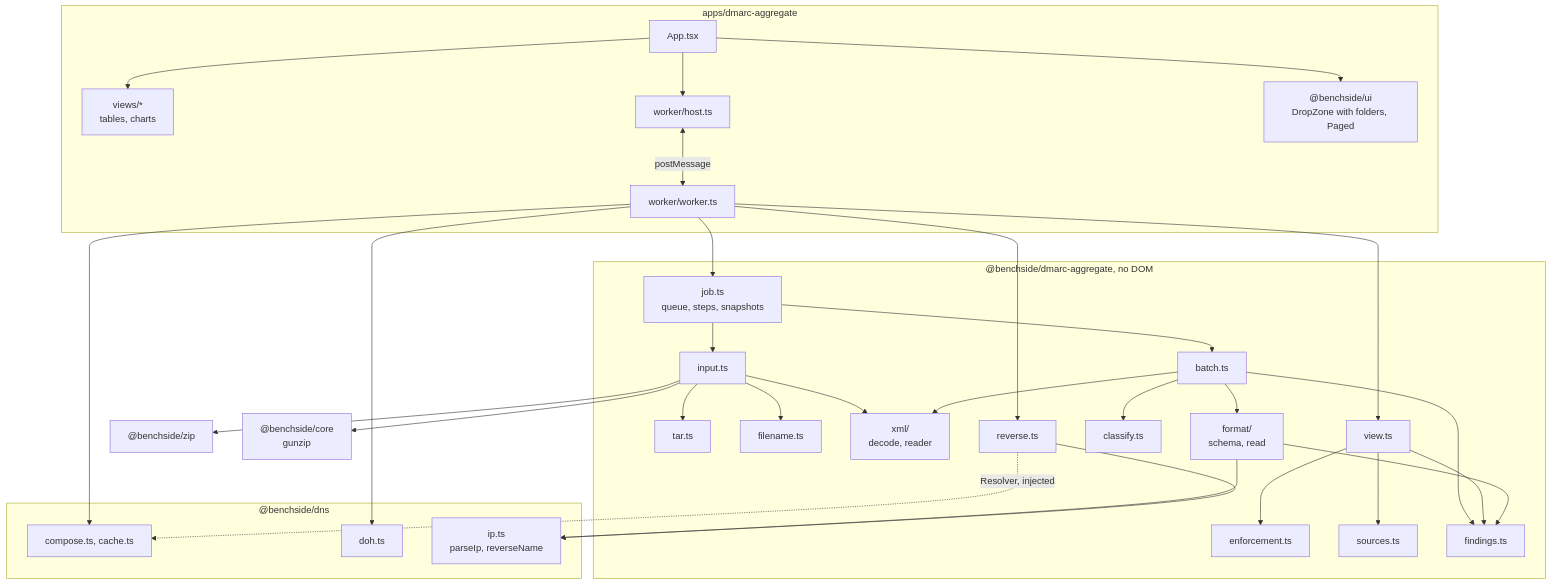
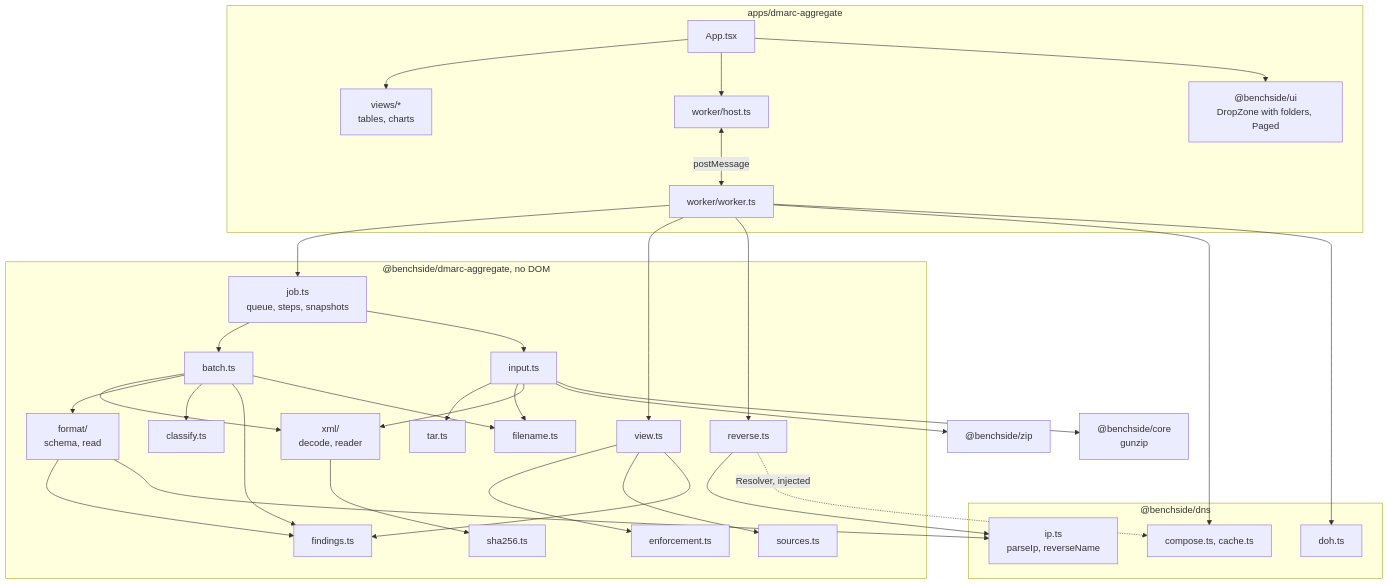
One commit to photom/benchside changed the first of 4 diagrams in docs/explanation/dmarc-aggregate-architecture.md. Above: the diagram before and after it, drawn with Mermaid. The commit also changed other lines of this file and 15 other files, not shown here.

````diff
--- a/docs/explanation/dmarc-aggregate-architecture.md
+++ b/docs/explanation/dmarc-aggregate-architecture.md
@@ -7,34 +7,36 @@
 ```mermaid
 flowchart TD
   subgraph app ["apps/dmarc-aggregate"]
     App[App.tsx] --> views["views/*<br/>tables, charts"]
     App --> host[worker/host.ts]
     host <-- postMessage --> worker[worker/worker.ts]
     App --> ui["@benchside/ui<br/>DropZone with folders, Paged"]
   end
   subgraph pkg ["@benchside/dmarc-aggregate, no DOM"]
     job["job.ts<br/>queue, steps, snapshots"] --> batch[batch.ts]
     job --> input[input.ts]
     input --> tar[tar.ts]
     input --> filename[filename.ts]
     input --> xml
     batch --> xml["xml/<br/>decode, reader"]
     batch --> format["format/<br/>schema, read"]
     batch --> classify[classify.ts]
     view[view.ts] --> enforce[enforcement.ts]
     view --> sources[sources.ts]
     reverse[reverse.ts]
     batch & view & format --> findings[findings.ts]
+    xml --> sha[sha256.ts]
+    batch --> filename
   end
   subgraph dns ["@benchside/dns"]
     compose[compose.ts, cache.ts]
     doh[doh.ts]
     ip["ip.ts<br/>parseIp, reverseName"]
   end
   input --> zip["@benchside/zip"]
   input --> core["@benchside/core<br/>gunzip"]
   format & reverse --> ip
   reverse -. "Resolver, injected" .-> compose
   worker --> job & view & reverse
   worker --> compose & doh
 ```
````
